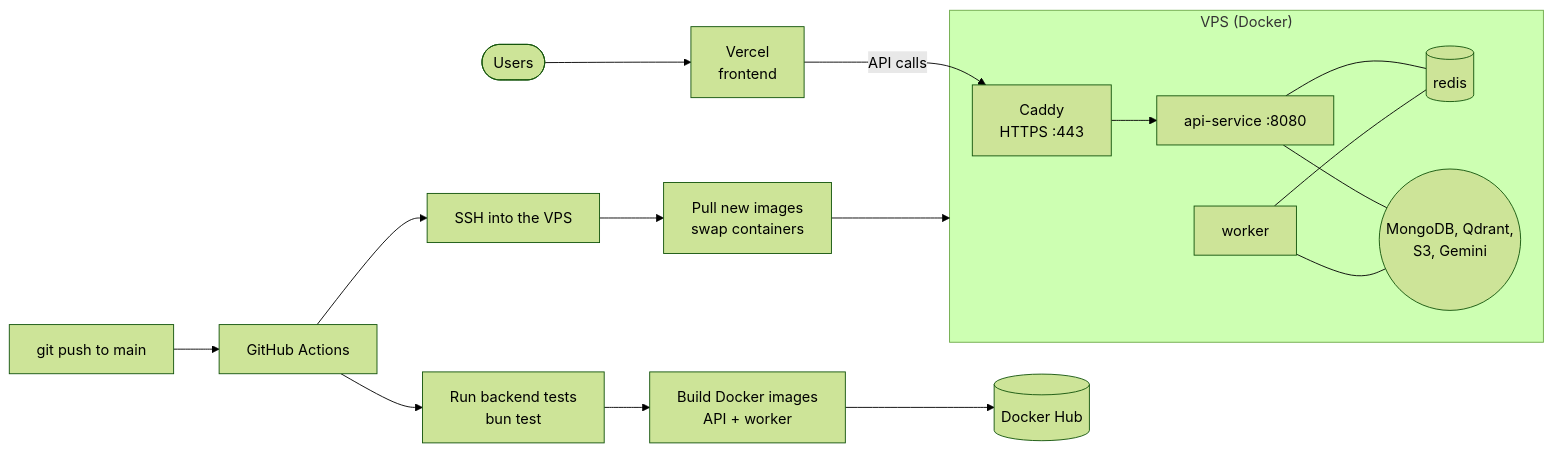
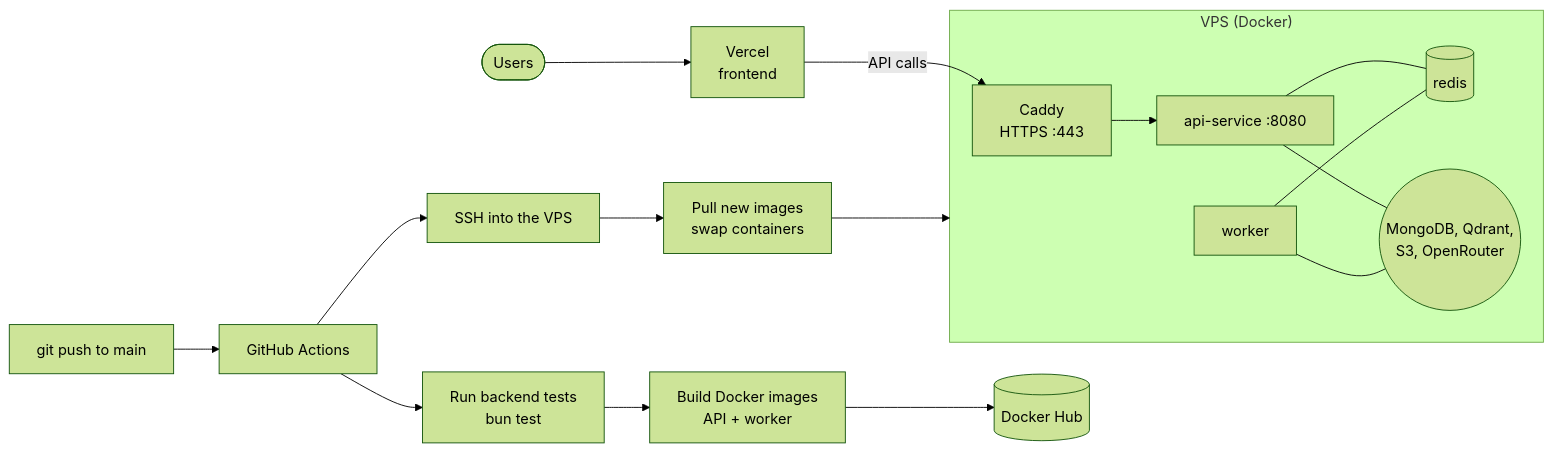
Diagram 11 of 11 in readme.md (Arindam-Roy2004/Sagewell), drawn with Mermaid (forest theme) before and after one commit. The commit also changed other lines of this file and 16 other files, not shown here.

First line of the commit message:
Switch LLM and embeddings from Gemini to OpenRouter

````diff
--- a/readme.md
+++ b/readme.md
@@ -412,21 +412,21 @@
 ```mermaid
 flowchart LR
     Dev["git push to main"] --> GH["GitHub Actions"]
     GH --> T["Run backend tests<br/>bun test"]
     T --> B["Build Docker images<br/>API + worker"]
     B --> DH[("Docker Hub")]
     GH --> SSH["SSH into the VPS"]
     SSH --> Pull["Pull new images<br/>swap containers"]
     Pull --> VPS
 
     subgraph VPS["VPS (Docker)"]
         Caddy2["Caddy<br/>HTTPS :443"] --> APIc["api-service :8080"]
         APIc --- Redis2[("redis")]
         Wc["worker"] --- Redis2
-        APIc --- Ext(("MongoDB, Qdrant,<br/>S3, Gemini"))
+        APIc --- Ext(("MongoDB, Qdrant,<br/>S3, OpenRouter"))
         Wc --- Ext
     end
 
     Users(["Users"]) --> Vercel["Vercel<br/>frontend"]
     Vercel -- "API calls" --> Caddy2
 ```
````
